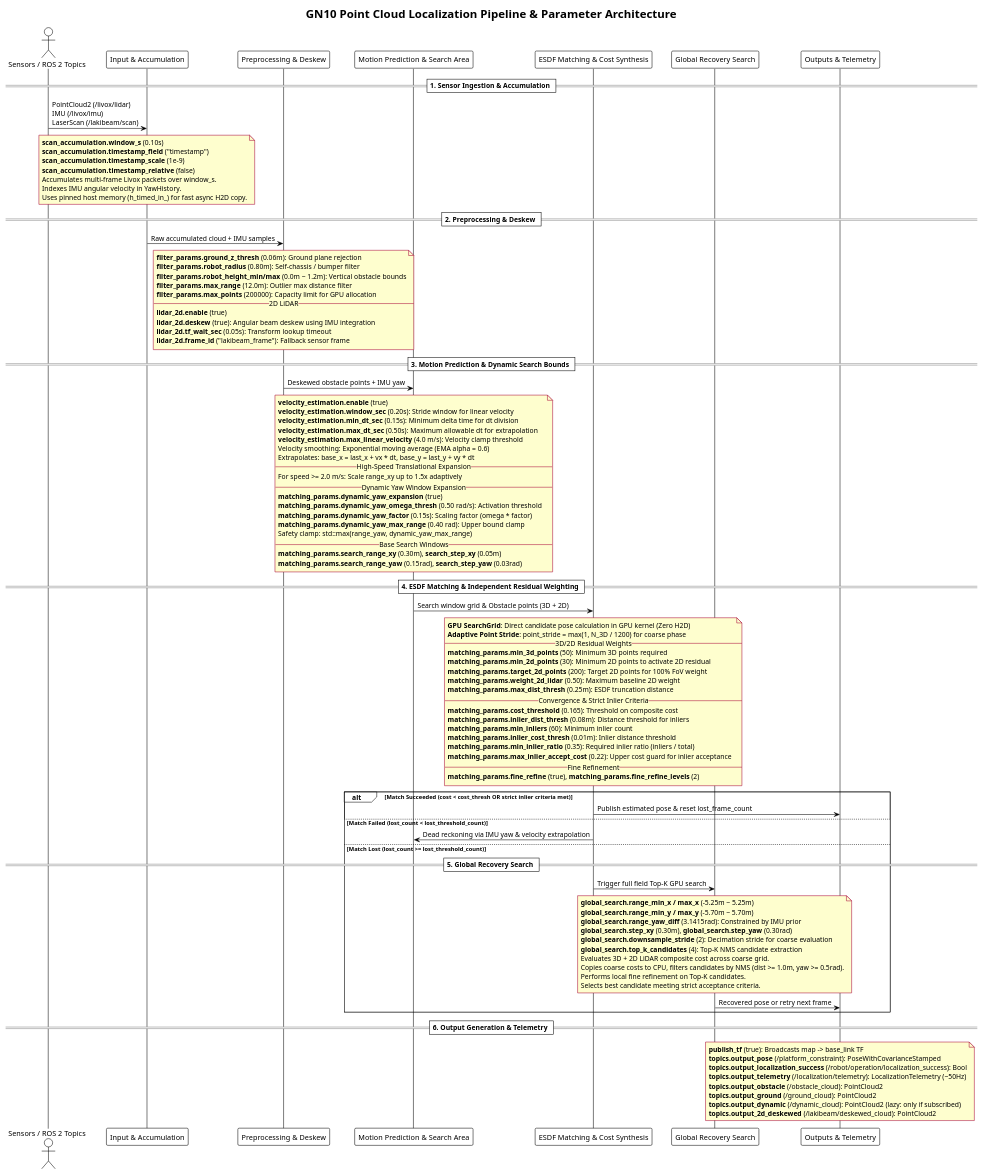
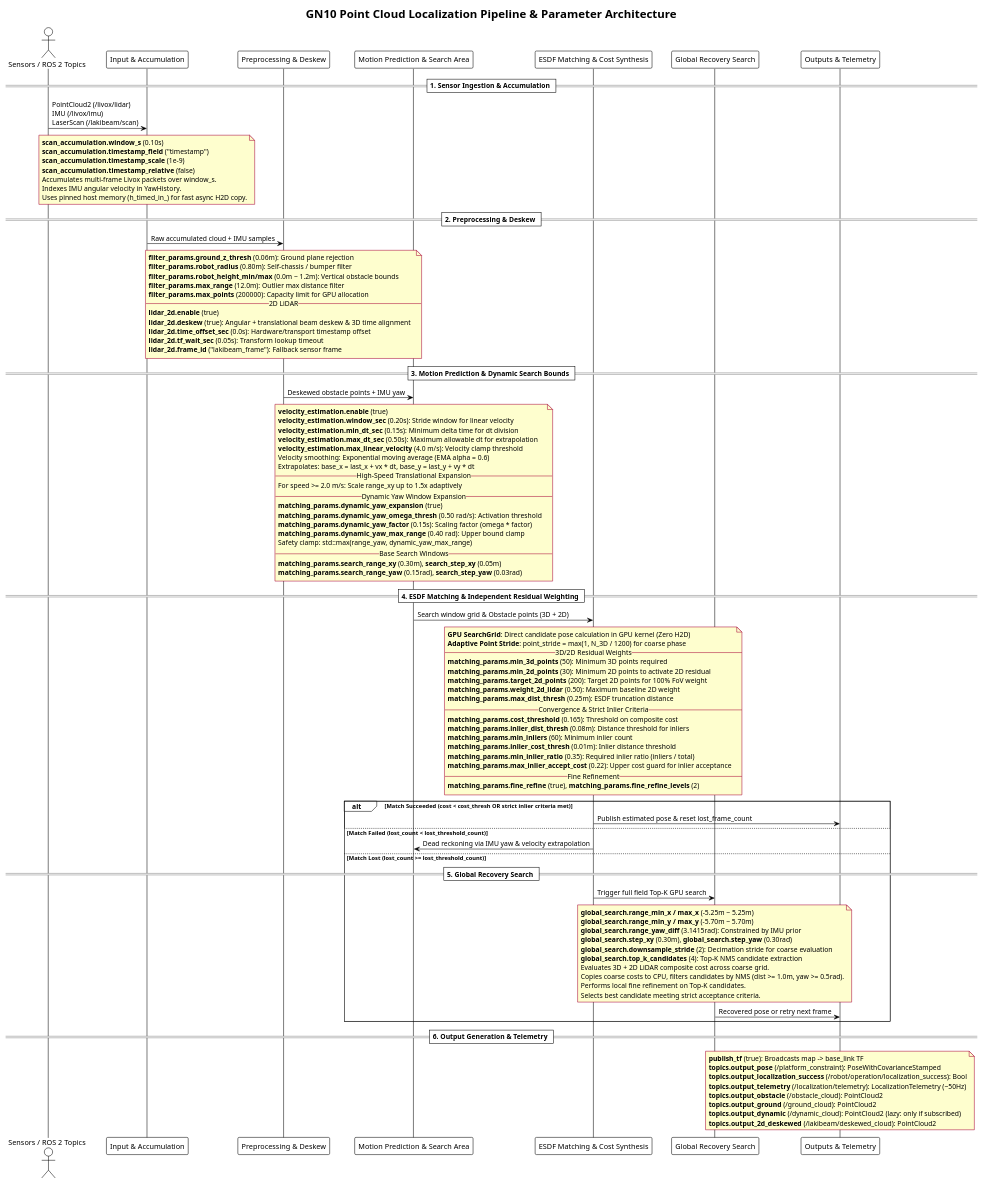
The diagram in docs/pipeline_flow_and_parameters.pu (tmcit-ararobo-2026a/gn10-pointcloud-localization), drawn with PlantUML before and after one commit. The commit also changed 9 other files, not shown here.

First line of the commit message:
feat(lidar_2d): implement translational deskew and timestamp synchronization

```diff
--- a/docs/pipeline_flow_and_parameters.pu
+++ b/docs/pipeline_flow_and_parameters.pu
@@ -1,125 +1,126 @@
 @startuml pipeline_flow_and_parameters
 !theme plain
 skinparam defaultTextAlignment left
 skinparam BoxPadding 10
 skinparam ParticipantPadding 10
 skinparam NoteBackgroundColor #FEFECE
 skinparam NoteBorderColor #A80036
 
 title GN10 Point Cloud Localization Pipeline & Parameter Architecture
 
 actor "Sensors / ROS 2 Topics" as Sensors
 participant "Input & Accumulation" as Stage1
 participant "Preprocessing & Deskew" as Stage2
 participant "Motion Prediction & Search Area" as Stage3
 participant "ESDF Matching & Cost Synthesis" as Stage4
 participant "Global Recovery Search" as Stage5
 participant "Outputs & Telemetry" as Stage6
 
 == 1. Sensor Ingestion & Accumulation ==
 Sensors -> Stage1: PointCloud2 (/livox/lidar)\nIMU (/livox/imu)\nLaserScan (/lakibeam/scan)
 note over Stage1
   **scan_accumulation.window_s** (0.10s)
   **scan_accumulation.timestamp_field** ("timestamp")
   **scan_accumulation.timestamp_scale** (1e-9)
   **scan_accumulation.timestamp_relative** (false)
   Accumulates multi-frame Livox packets over window_s.
   Indexes IMU angular velocity in YawHistory.
   Uses pinned host memory (h_timed_in_) for fast async H2D copy.
 end note
 
 == 2. Preprocessing & Deskew ==
 Stage1 -> Stage2: Raw accumulated cloud + IMU samples
 note over Stage2
   **filter_params.ground_z_thresh** (0.06m): Ground plane rejection
   **filter_params.robot_radius** (0.80m): Self-chassis / bumper filter
   **filter_params.robot_height_min/max** (0.0m ~ 1.2m): Vertical obstacle bounds
   **filter_params.max_range** (12.0m): Outlier max distance filter
   **filter_params.max_points** (200000): Capacity limit for GPU allocation
   -- 2D LiDAR --
   **lidar_2d.enable** (true)
-  **lidar_2d.deskew** (true): Angular beam deskew using IMU integration
+  **lidar_2d.deskew** (true): Angular + translational beam deskew & 3D time alignment
+  **lidar_2d.time_offset_sec** (0.0s): Hardware/transport timestamp offset
   **lidar_2d.tf_wait_sec** (0.05s): Transform lookup timeout
   **lidar_2d.frame_id** ("lakibeam_frame"): Fallback sensor frame
 end note
 
 == 3. Motion Prediction & Dynamic Search Bounds ==
 Stage2 -> Stage3: Deskewed obstacle points + IMU yaw
 note over Stage3
   **velocity_estimation.enable** (true)
   **velocity_estimation.window_sec** (0.20s): Stride window for linear velocity
   **velocity_estimation.min_dt_sec** (0.15s): Minimum delta time for dt division
   **velocity_estimation.max_dt_sec** (0.50s): Maximum allowable dt for extrapolation
   **velocity_estimation.max_linear_velocity** (4.0 m/s): Velocity clamp threshold
   Velocity smoothing: Exponential moving average (EMA alpha = 0.6)
   Extrapolates: base_x = last_x + vx * dt, base_y = last_y + vy * dt
   -- High-Speed Translational Expansion --
   For speed >= 2.0 m/s: Scale range_xy up to 1.5x adaptively
   -- Dynamic Yaw Window Expansion --
   **matching_params.dynamic_yaw_expansion** (true)
   **matching_params.dynamic_yaw_omega_thresh** (0.50 rad/s): Activation threshold
   **matching_params.dynamic_yaw_factor** (0.15s): Scaling factor (omega * factor)
   **matching_params.dynamic_yaw_max_range** (0.40 rad): Upper bound clamp
   Safety clamp: std::max(range_yaw, dynamic_yaw_max_range)
   -- Base Search Windows --
   **matching_params.search_range_xy** (0.30m), **search_step_xy** (0.05m)
   **matching_params.search_range_yaw** (0.15rad), **search_step_yaw** (0.03rad)
 end note
 
 == 4. ESDF Matching & Independent Residual Weighting ==
 Stage3 -> Stage4: Search window grid & Obstacle points (3D + 2D)
 note over Stage4
   **GPU SearchGrid**: Direct candidate pose calculation in GPU kernel (Zero H2D)
   **Adaptive Point Stride**: point_stride = max(1, N_3D / 1200) for coarse phase
   -- 3D/2D Residual Weights --
   **matching_params.min_3d_points** (50): Minimum 3D points required
   **matching_params.min_2d_points** (30): Minimum 2D points to activate 2D residual
   **matching_params.target_2d_points** (200): Target 2D points for 100% FoV weight
   **matching_params.weight_2d_lidar** (0.50): Maximum baseline 2D weight
   **matching_params.max_dist_thresh** (0.25m): ESDF truncation distance
   -- Convergence & Strict Inlier Criteria --
   **matching_params.cost_threshold** (0.165): Threshold on composite cost
   **matching_params.inlier_dist_thresh** (0.08m): Distance threshold for inliers
   **matching_params.min_inliers** (60): Minimum inlier count
   **matching_params.inlier_cost_thresh** (0.01m): Inlier distance threshold
   **matching_params.min_inlier_ratio** (0.35): Required inlier ratio (inliers / total)
   **matching_params.max_inlier_accept_cost** (0.22): Upper cost guard for inlier acceptance
   -- Fine Refinement --
   **matching_params.fine_refine** (true), **matching_params.fine_refine_levels** (2)
 end note
 
 alt Match Succeeded (cost < cost_thresh OR strict inlier criteria met)
   Stage4 -> Stage6: Publish estimated pose & reset lost_frame_count
 else Match Failed (lost_count < lost_threshold_count)
   Stage4 -> Stage3: Dead reckoning via IMU yaw & velocity extrapolation
 else Match Lost (lost_count >= lost_threshold_count)
   == 5. Global Recovery Search ==
   Stage4 -> Stage5: Trigger full field Top-K GPU search
   note over Stage5
     **global_search.range_min_x / max_x** (-5.25m ~ 5.25m)
     **global_search.range_min_y / max_y** (-5.70m ~ 5.70m)
     **global_search.range_yaw_diff** (3.1415rad): Constrained by IMU prior
     **global_search.step_xy** (0.30m), **global_search.step_yaw** (0.30rad)
     **global_search.downsample_stride** (2): Decimation stride for coarse evaluation
     **global_search.top_k_candidates** (4): Top-K NMS candidate extraction
     Evaluates 3D + 2D LiDAR composite cost across coarse grid.
     Copies coarse costs to CPU, filters candidates by NMS (dist >= 1.0m, yaw >= 0.5rad).
     Performs local fine refinement on Top-K candidates.
     Selects best candidate meeting strict acceptance criteria.
   end note
   Stage5 -> Stage6: Recovered pose or retry next frame
 end
 
 == 6. Output Generation & Telemetry ==
 note over Stage6
   **publish_tf** (true): Broadcasts map -> base_link TF
   **topics.output_pose** (/platform_constraint): PoseWithCovarianceStamped
   **topics.output_localization_success** (/robot/operation/localization_success): Bool
   **topics.output_telemetry** (/localization/telemetry): LocalizationTelemetry (~50Hz)
   **topics.output_obstacle** (/obstacle_cloud): PointCloud2
   **topics.output_ground** (/ground_cloud): PointCloud2
   **topics.output_dynamic** (/dynamic_cloud): PointCloud2 (lazy: only if subscribed)
   **topics.output_2d_deskewed** (/lakibeam/deskewed_cloud): PointCloud2
 end note
 
 @enduml
```
